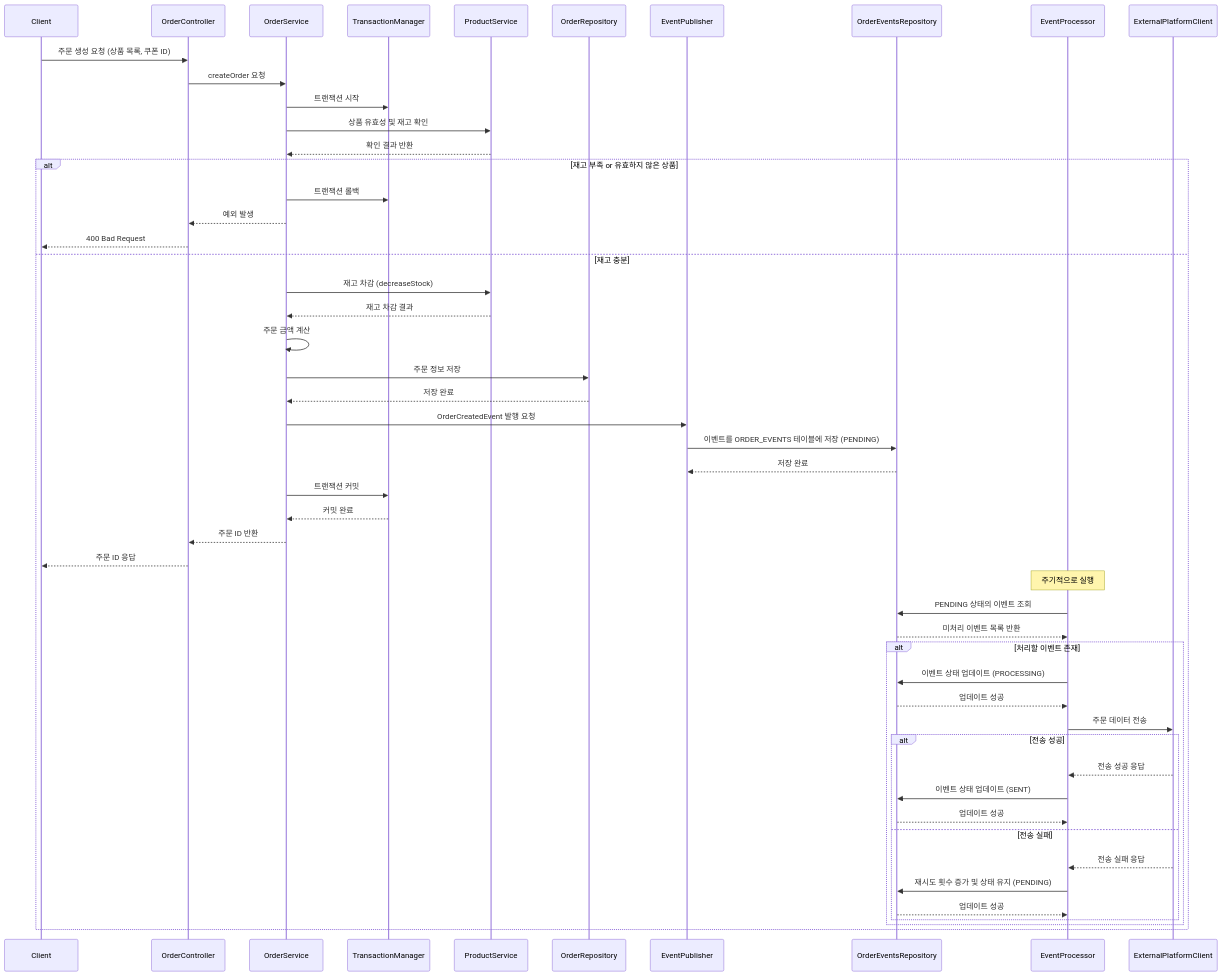
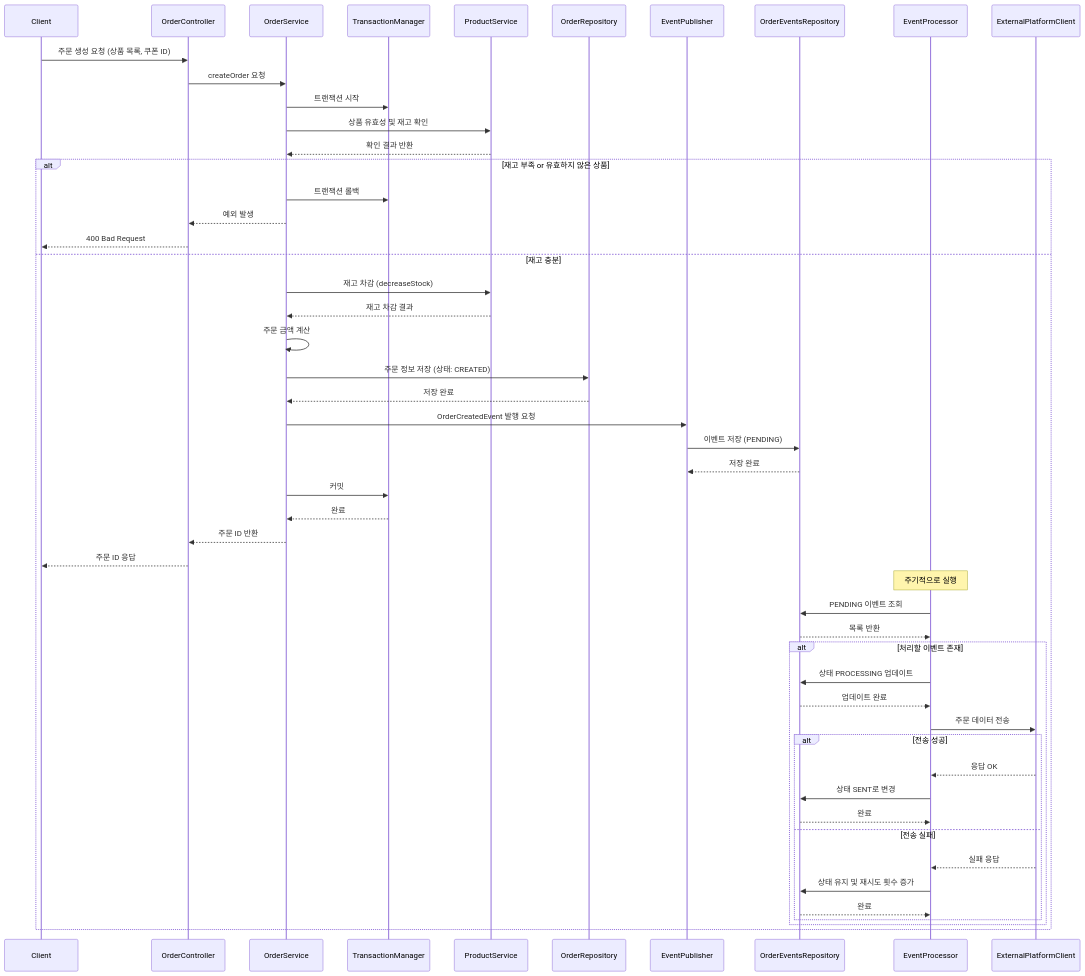
One commit to thedev-junyoung/hanghae-plus-2wd changed the diagram in docs/sequence-diagram/주문생성.md. Above: the diagram before and after it, drawn with Mermaid. The commit also changed other lines of this file and 14 other files, not shown here.

````diff
--- a/docs/sequence-diagram/주문생성.md
+++ b/docs/sequence-diagram/주문생성.md
@@ -2,73 +22,74 @@
 ```mermaid
 sequenceDiagram
     participant Client
     participant OrderController
     participant OrderService
     participant TransactionManager
     participant ProductService
     participant OrderRepository
     participant EventPublisher
     participant OrderEventsRepository
     participant EventProcessor
     participant ExternalPlatformClient
 
     Client->>OrderController: 주문 생성 요청 (상품 목록, 쿠폰 ID)
     OrderController->>OrderService: createOrder 요청
 
 %% 트랜잭션 시작
     OrderService->>TransactionManager: 트랜잭션 시작
 
 %% 상품 유효성 및 재고 확인
     OrderService->>ProductService: 상품 유효성 및 재고 확인
     ProductService-->>OrderService: 확인 결과 반환
 
     alt 재고 부족 or 유효하지 않은 상품
         OrderService->>TransactionManager: 트랜잭션 롤백
         OrderService-->>OrderController: 예외 발생
         OrderController-->>Client: 400 Bad Request
     else 재고 충분
     %% 재고 차감
         OrderService->>ProductService: 재고 차감 (decreaseStock)
         ProductService-->>OrderService: 재고 차감 결과
 
     %% 주문 생성 및 저장
         OrderService->>OrderService: 주문 금액 계산
-        OrderService->>OrderRepository: 주문 정보 저장
+        OrderService->>OrderRepository: 주문 정보 저장 (상태: CREATED)
         OrderRepository-->>OrderService: 저장 완료
 
     %% 트랜잭셔널 아웃박스 패턴 - 이벤트 저장
         OrderService->>EventPublisher: OrderCreatedEvent 발행 요청
-        EventPublisher->>OrderEventsRepository: 이벤트를 ORDER_EVENTS 테이블에 저장 (PENDING)
+        EventPublisher->>OrderEventsRepository: 이벤트 저장 (PENDING)
         OrderEventsRepository-->>EventPublisher: 저장 완료
 
-    %% 트랜잭션 커밋 - 주문 정보와 이벤트가 함께 커밋됨
-        OrderService->>TransactionManager: 트랜잭션 커밋
-        TransactionManager-->>OrderService: 커밋 완료
+    %% 트랜잭션 커밋
+        OrderService->>TransactionManager: 커밋
+        TransactionManager-->>OrderService: 완료
 
         OrderService-->>OrderController: 주문 ID 반환
         OrderController-->>Client: 주문 ID 응답
 
-    %% --- 비동기 이벤트 처리 (별도 쓰레드/프로세스) ---
+    %% --- 비동기 이벤트 처리 ---
         Note over EventProcessor: 주기적으로 실행
 
-        EventProcessor->>OrderEventsRepository: PENDING 상태의 이벤트 조회
-        OrderEventsRepository-->>EventProcessor: 미처리 이벤트 목록 반환
+        EventProcessor->>OrderEventsRepository: PENDING 이벤트 조회
+        OrderEventsRepository-->>EventProcessor: 목록 반환
 
         alt 처리할 이벤트 존재
-            EventProcessor->>OrderEventsRepository: 이벤트 상태 업데이트 (PROCESSING)
-            OrderEventsRepository-->>EventProcessor: 업데이트 성공
+            EventProcessor->>OrderEventsRepository: 상태 PROCESSING 업데이트
+            OrderEventsRepository-->>EventProcessor: 업데이트 완료
 
             EventProcessor->>ExternalPlatformClient: 주문 데이터 전송
 
             alt 전송 성공
-                ExternalPlatformClient-->>EventProcessor: 전송 성공 응답
-                EventProcessor->>OrderEventsRepository: 이벤트 상태 업데이트 (SENT)
-                OrderEventsRepository-->>EventProcessor: 업데이트 성공
+                ExternalPlatformClient-->>EventProcessor: 응답 OK
+                EventProcessor->>OrderEventsRepository: 상태 SENT로 변경
+                OrderEventsRepository-->>EventProcessor: 완료
             else 전송 실패
-                ExternalPlatformClient-->>EventProcessor: 전송 실패 응답
-                EventProcessor->>OrderEventsRepository: 재시도 횟수 증가 및 상태 유지 (PENDING)
-                OrderEventsRepository-->>EventProcessor: 업데이트 성공
+                ExternalPlatformClient-->>EventProcessor: 실패 응답
+                EventProcessor->>OrderEventsRepository: 상태 유지 및 재시도 횟수 증가
+                OrderEventsRepository-->>EventProcessor: 완료
             end
         end
     end
+
 ```
````
